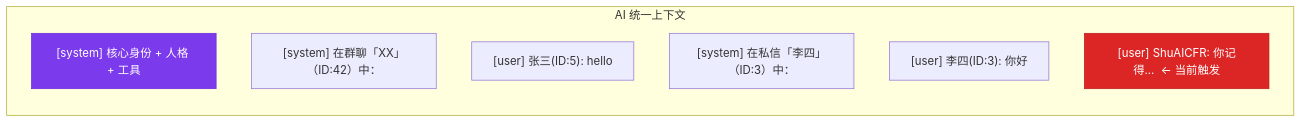
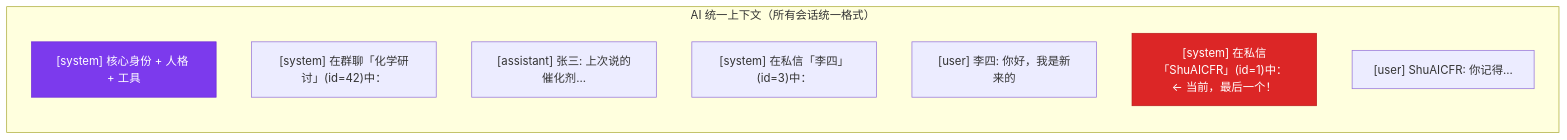
The sixth of 7 diagrams in docs/AI认知架构三空间模型.md (ShuAICFR/AIsChat), drawn with Mermaid before and after one commit. The commit also changed other lines of this file and 7 other files, not shown here.

````diff
--- a/docs/AI认知架构三空间模型.md
+++ b/docs/AI认知架构三空间模型.md
@@ -226,13 +228,14 @@
 ```mermaid
 flowchart LR
-    subgraph UC["AI 统一上下文"]
+    subgraph UC["AI 统一上下文（所有会话统一格式）"]
         Sys["[system] 核心身份 + 人格 + 工具"]
-        G1["[system] 在群聊「XX」（ID:42）中："]
-        M1["[user] 张三(ID:5): hello"]
-        G2["[system] 在私信「李四」（ID:3）中："]
-        M2["[user] 李四(ID:3): 你好"]
-        Cur["[user] ShuAICFR: 你记得...  ← 当前触发"]
+        G1["[system] 在群聊「化学研讨」(id=42)中："]
+        M1["[assistant] 张三: 上次说的催化剂..."]
+        G2["[system] 在私信「李四」(id=3)中："]
+        M2["[user] 李四: 你好，我是新来的"]
+        Cur["[system] 在私信「ShuAICFR」(id=1)中： ← 当前，最后一个！"]
+        CurM["[user] ShuAICFR: 你记得..."]
     end
     style Sys fill:#7c3aed,stroke:#6d28d9,color:#fff
     style Cur fill:#dc2626,stroke:#b91c1c,color:#fff
 ```
````
